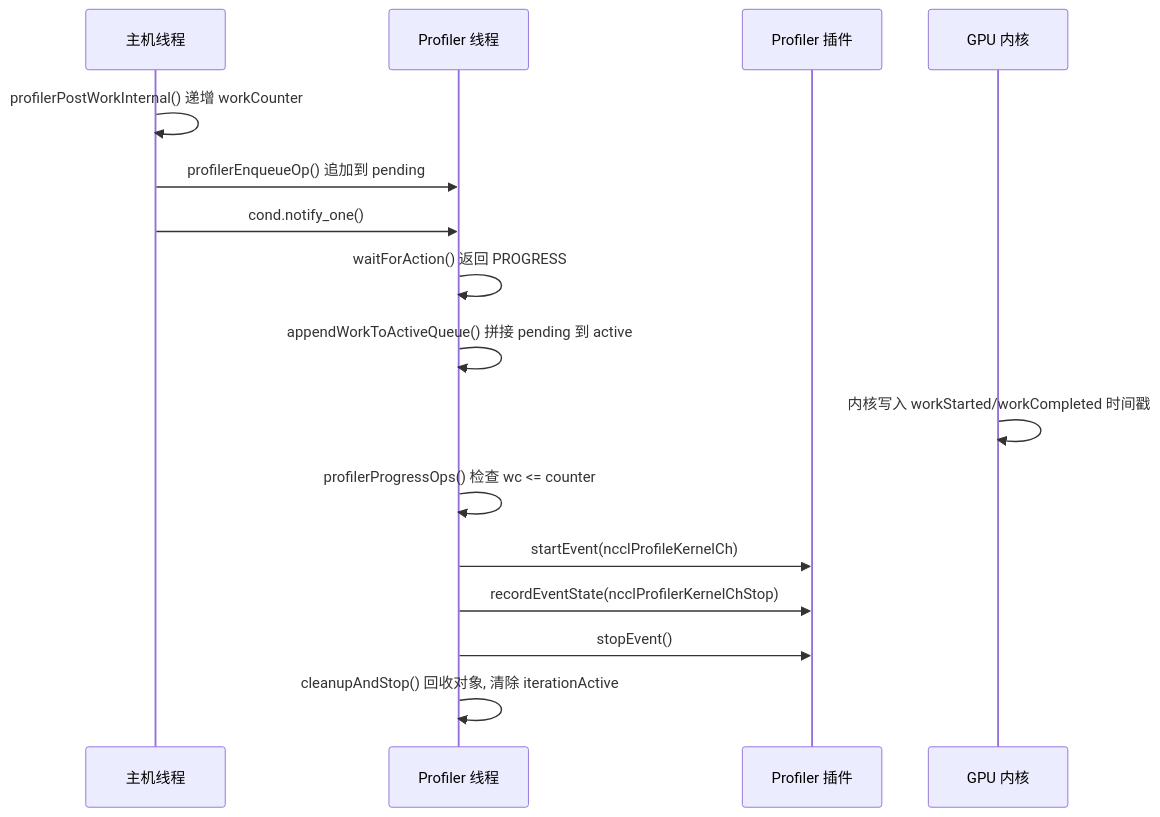
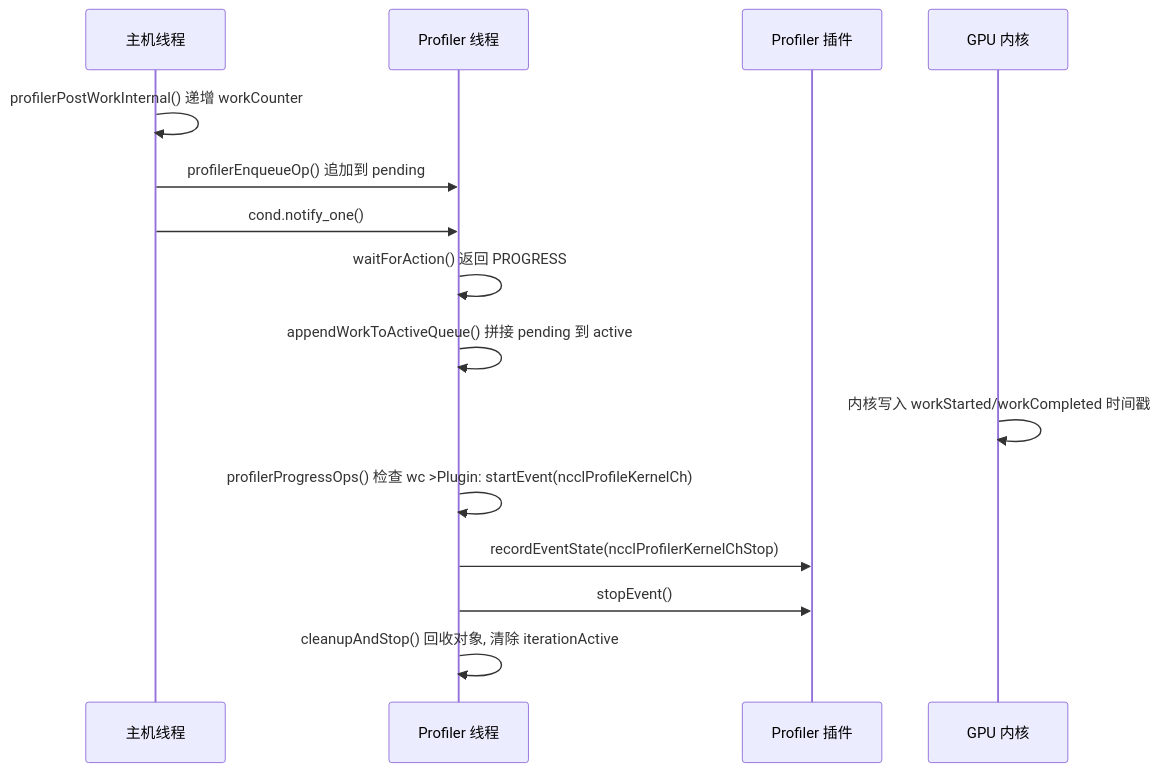
The third of 3 diagrams in books/nccl/en/16-plugin-ecosystem-and-env-variables.md (maleRjc/AiReadCodeBooks), drawn with Mermaid before and after one commit. The commit also changed other lines of this file and 80 other files, not shown here.

````diff
--- a/books/nccl/en/16-plugin-ecosystem-and-env-variables.md
+++ b/books/nccl/en/16-plugin-ecosystem-and-env-variables.md
@@ -229,19 +235,18 @@
 ```mermaid
 sequenceDiagram
     participant Host as 主机线程
     participant PT as Profiler 线程
     participant Plugin as Profiler 插件
     participant Dev as GPU 内核
 
     Host->>Host: profilerPostWorkInternal() 递增 workCounter
     Host->>PT: profilerEnqueueOp() 追加到 pending
     Host->>PT: cond.notify_one()
     PT->>PT: waitForAction() 返回 PROGRESS
     PT->>PT: appendWorkToActiveQueue() 拼接 pending 到 active
     Dev->>Dev: 内核写入 workStarted/workCompleted 时间戳
-    PT->>PT: profilerProgressOps() 检查 wc <= counter
-    PT->>Plugin: startEvent(ncclProfileKernelCh)
+    PT->>PT: profilerProgressOps() 检查 wc >Plugin: startEvent(ncclProfileKernelCh)
     PT->>Plugin: recordEventState(ncclProfilerKernelChStop)
     PT->>Plugin: stopEvent()
     PT->>PT: cleanupAndStop() 回收对象, 清除 iterationActive
 ```
````
